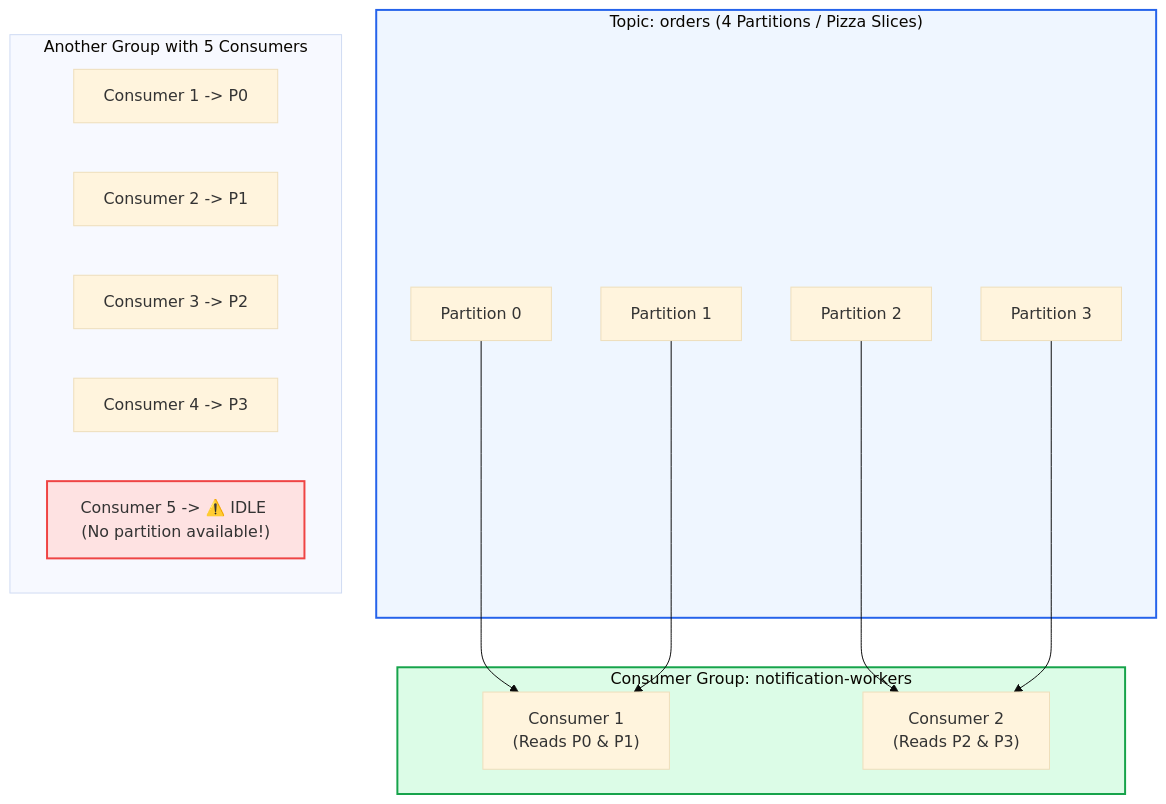
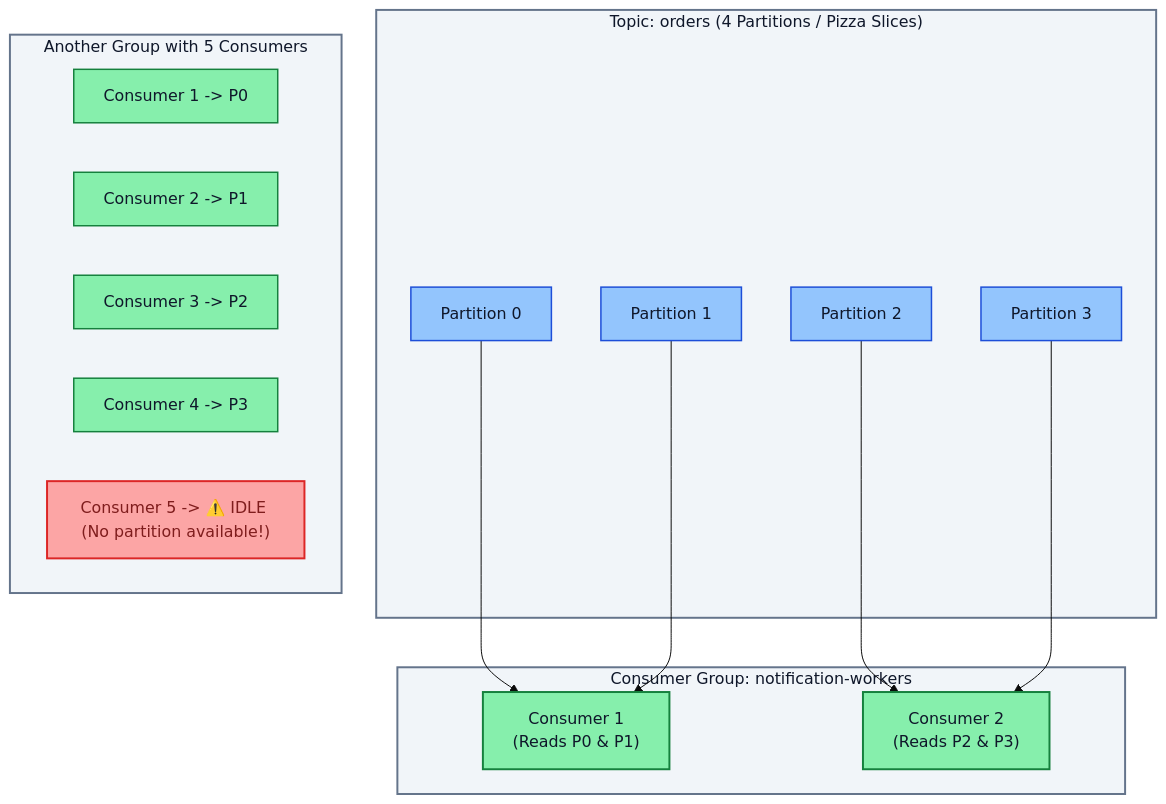
Before and after one commit to PandeyKishan/Study-Notes: the first of 2 diagrams in 03-Apache-Kafka/03-Consumer-Groups-Rebalance-and-Offsets.md, drawn with Mermaid (base theme). The commit also changed other lines of this file and 22 other files, not shown here.

Commit message:
docs: enhance diagram visibility with high-contrast palette and add concise book definitions

````diff
--- a/03-Apache-Kafka/03-Consumer-Groups-Rebalance-and-Offsets.md
+++ b/03-Apache-Kafka/03-Consumer-Groups-Rebalance-and-Offsets.md
@@ -26,31 +26,42 @@
 ```mermaid
 flowchart TD
     subgraph Topic["Topic: orders (4 Partitions / Pizza Slices)"]
         P0["Partition 0"]
         P1["Partition 1"]
         P2["Partition 2"]
         P3["Partition 3"]
     end
 
     subgraph Consumer_Group["Consumer Group: notification-workers"]
         C1["Consumer 1\n(Reads P0 & P1)"]
         C2["Consumer 2\n(Reads P2 & P3)"]
     end
 
     subgraph Overprovisioned_Group["Another Group with 5 Consumers"]
         O1["Consumer 1 -> P0"]
         O2["Consumer 2 -> P1"]
         O3["Consumer 3 -> P2"]
         O4["Consumer 4 -> P3"]
         O5["Consumer 5 -> ⚠️ IDLE (No partition available!)"]
     end
 
     P0 --> C1
     P1 --> C1
     P2 --> C2
     P3 --> C2
 
-    style Topic fill:#eff6ff,stroke:#2563eb,stroke-width:2px
-    style Consumer_Group fill:#dcfce7,stroke:#16a34a,stroke-width:2px
-    style O5 fill:#fee2e2,stroke:#ef4444,stroke-width:2px
+    style Topic fill:#f1f5f9,stroke:#64748b,stroke-width:2px,color:#0f172a
+    style Consumer_Group fill:#f1f5f9,stroke:#64748b,stroke-width:2px,color:#0f172a
+    style Overprovisioned_Group fill:#f1f5f9,stroke:#64748b,stroke-width:2px,color:#0f172a
+    style P0 fill:#93c5fd,stroke:#1d4ed8,stroke-width:1.5px,color:#0f172a
+    style P1 fill:#93c5fd,stroke:#1d4ed8,stroke-width:1.5px,color:#0f172a
+    style P2 fill:#93c5fd,stroke:#1d4ed8,stroke-width:1.5px,color:#0f172a
+    style P3 fill:#93c5fd,stroke:#1d4ed8,stroke-width:1.5px,color:#0f172a
+    style C1 fill:#86efac,stroke:#15803d,stroke-width:2px,color:#0f172a
+    style C2 fill:#86efac,stroke:#15803d,stroke-width:2px,color:#0f172a
+    style O1 fill:#86efac,stroke:#15803d,stroke-width:1.5px,color:#0f172a
+    style O2 fill:#86efac,stroke:#15803d,stroke-width:1.5px,color:#0f172a
+    style O3 fill:#86efac,stroke:#15803d,stroke-width:1.5px,color:#0f172a
+    style O4 fill:#86efac,stroke:#15803d,stroke-width:1.5px,color:#0f172a
+    style O5 fill:#fca5a5,stroke:#dc2626,stroke-width:2px,color:#7f1d1d
 ```
````
